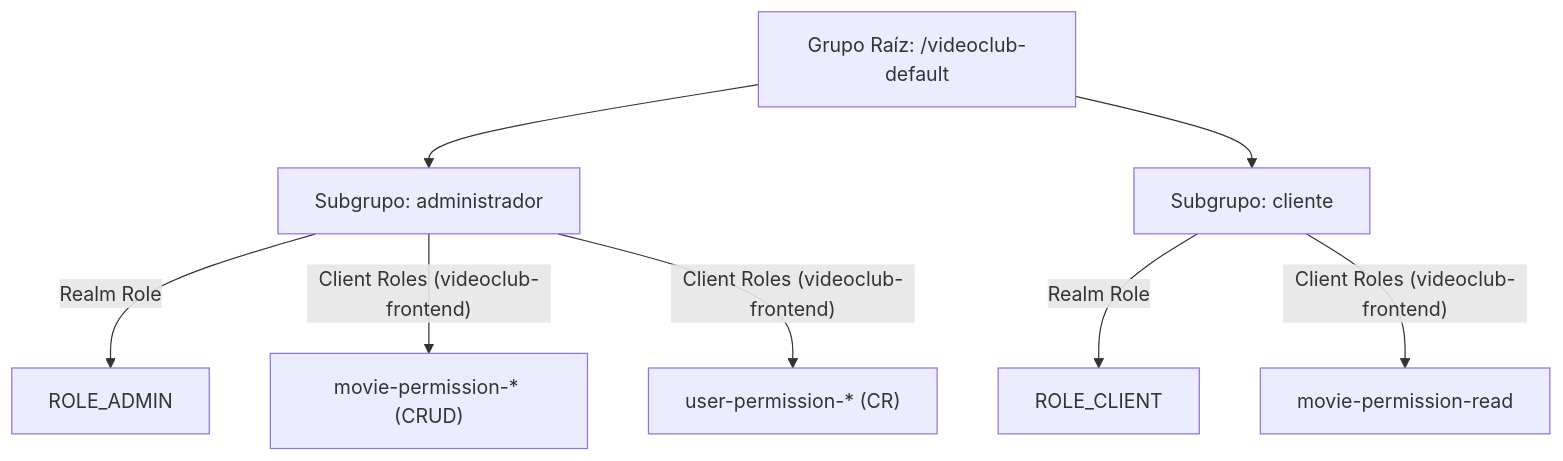
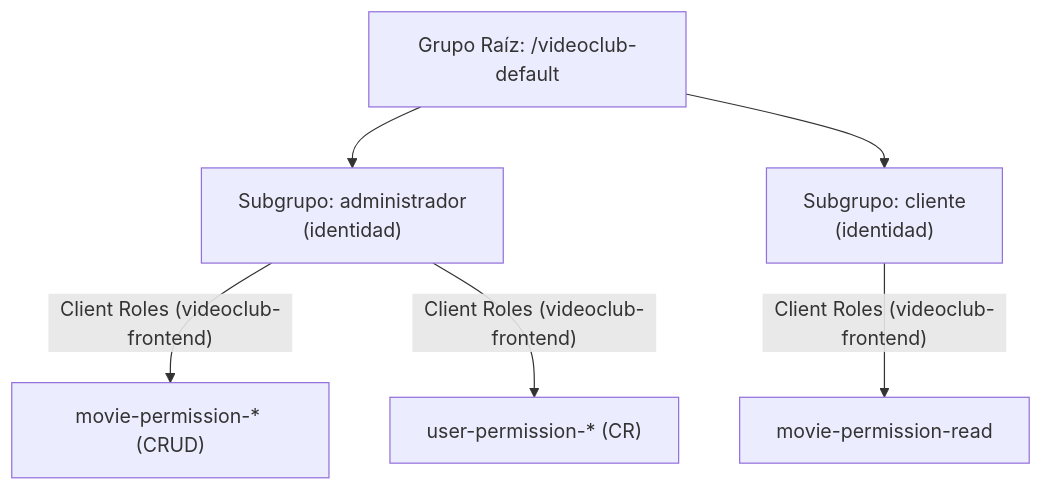
The seventh of 11 diagrams in docs/seguridad-oauth2-openid-connect-keycloak.md (hmunoz/springboot-sso), drawn with Mermaid before and after one commit. The commit also changed other lines of this file and 3 other files, not shown here.

Commit message:
refactor: remove realm-level roles and centralize authorization solely on client roles and groups

````diff
--- a/docs/seguridad-oauth2-openid-connect-keycloak.md
+++ b/docs/seguridad-oauth2-openid-connect-keycloak.md
@@ -230,13 +245,11 @@
 ```mermaid
 graph TD
     Root["Grupo Raíz: /videoclub-default"]
-    Root --> Admin["Subgrupo: administrador"]
-    Root --> Cliente["Subgrupo: cliente"]
+    Root --> Admin["Subgrupo: administrador<br/>(identidad)"]
+    Root --> Cliente["Subgrupo: cliente<br/>(identidad)"]
 
-    Admin -->|"Realm Role"| RoleAdmin["ROLE_ADMIN"]
     Admin -->|"Client Roles (videoclub-frontend)"| MovieAdmin["movie-permission-* (CRUD)"]
     Admin -->|"Client Roles (videoclub-frontend)"| UserAdmin["user-permission-* (CR)"]
 
-    Cliente -->|"Realm Role"| RoleClient["ROLE_CLIENT"]
     Cliente -->|"Client Roles (videoclub-frontend)"| MovieRead["movie-permission-read"]
 ```
````
